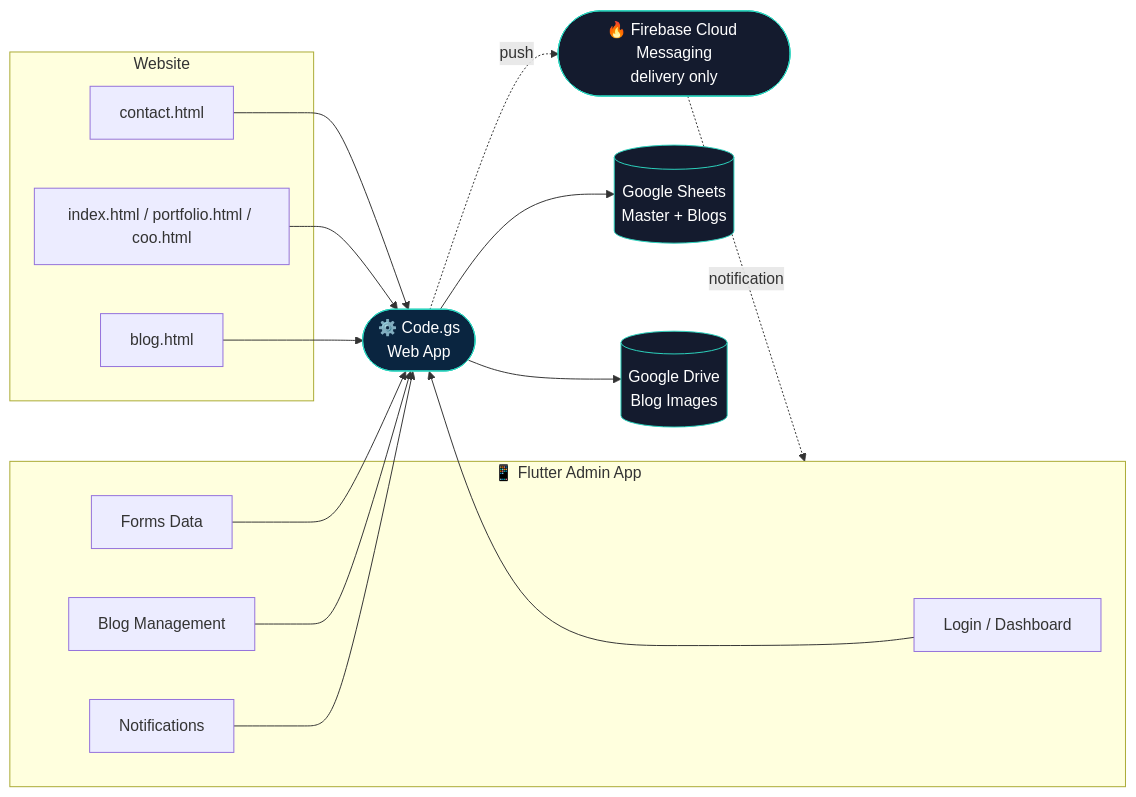
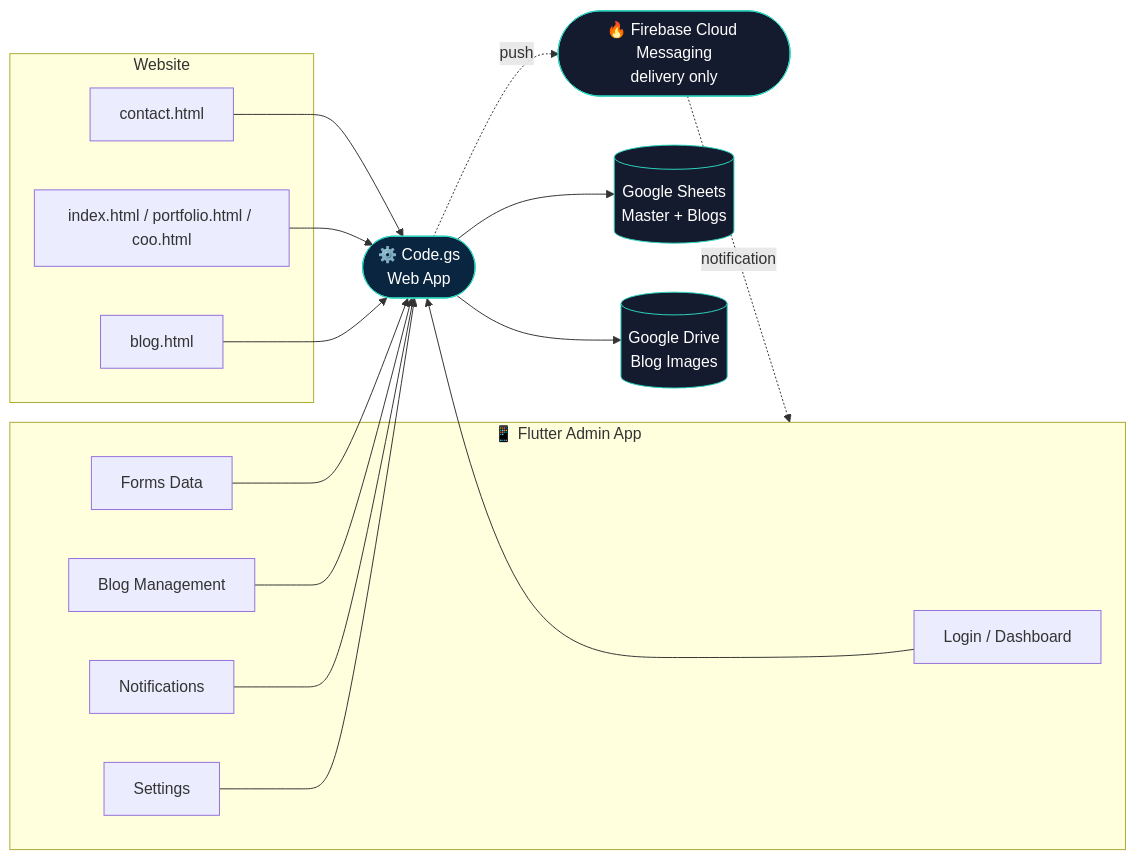
One commit to thrinathpolanki/trimitha_admin_app changed the diagram in README.md. Above: the diagram before and after it, drawn with Mermaid. The commit also changed other lines of this file, not shown here.

````diff
--- a/README.md
+++ b/README.md
@@ -82,30 +97,31 @@
 ```mermaid
 flowchart LR
     subgraph Website
         A[contact.html]
         B[index.html / portfolio.html / coo.html]
         C[blog.html]
     end
 
     subgraph MobileApp[📱 Flutter Admin App]
         D[Login / Dashboard]
         E[Forms Data]
         F[Blog Management]
         G[Notifications]
+        S[Settings]
     end
 
     A & B --> H
     C --> H
 
     H([⚙️ Code.gs<br/>Web App]) --> I[(Google Sheets<br/>Master + Blogs)]
     H --> J[(Google Drive<br/>Blog Images)]
     H -. push .-> K([🔥 Firebase Cloud Messaging<br/>delivery only])
     K -. notification .-> MobileApp
 
-    D & E & F & G --> H
+    D & E & F & G & S --> H
 
     style H fill:#0A2540,stroke:#2DD4BF,color:#fff
     style K fill:#141B2E,stroke:#2DD4BF,color:#fff
     style I fill:#141B2E,stroke:#2DD4BF,color:#fff
     style J fill:#141B2E,stroke:#2DD4BF,color:#fff
 ```
````
